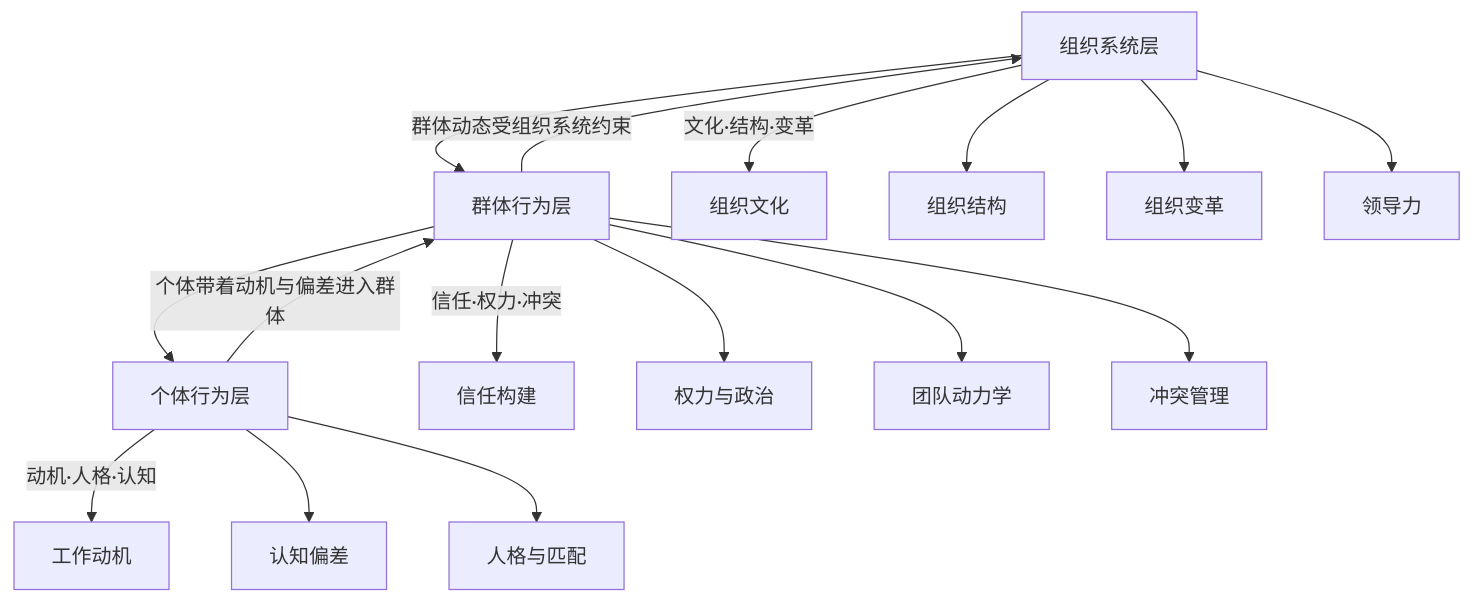
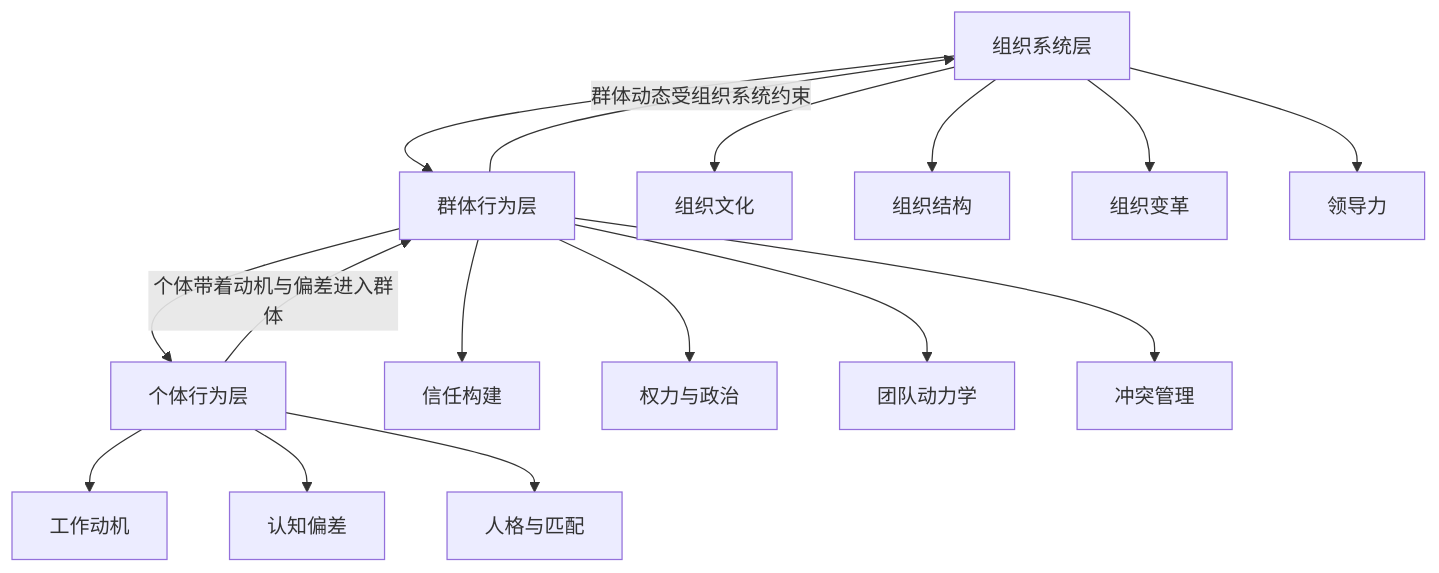
Before and after one commit to xdawayer/obsidian: the diagram in 知识库/商业类/《认识组织行为》 - 忻榕、琼·皮尔斯.md, drawn with Mermaid. The commit also changed other lines of this file and 13 other files, not shown here.

````diff
--- a/知识库/商业类/《认识组织行为》 - 忻榕、琼·皮尔斯.md
+++ b/知识库/商业类/《认识组织行为》 - 忻榕、琼·皮尔斯.md
@@ -50,18 +34,18 @@
 ```mermaid
 graph TD
     A[组织系统层] --> B[群体行为层]
     B --> C[个体行为层]
     C -->|个体带着动机与偏差进入群体| B
     B -->|群体动态受组织系统约束| A
-    A -->|文化·结构·变革| A1[组织文化]
+    A --> A1[组织文化]
     A --> A2[组织结构]
     A --> A3[组织变革]
     A --> A4[领导力]
-    B -->|信任·权力·冲突| B1[信任构建]
+    B --> B1[信任构建]
     B --> B2[权力与政治]
     B --> B3[团队动力学]
     B --> B4[冲突管理]
-    C -->|动机·人格·认知| C1[工作动机]
+    C --> C1[工作动机]
     C --> C2[认知偏差]
     C --> C3[人格与匹配]
 ```
````
